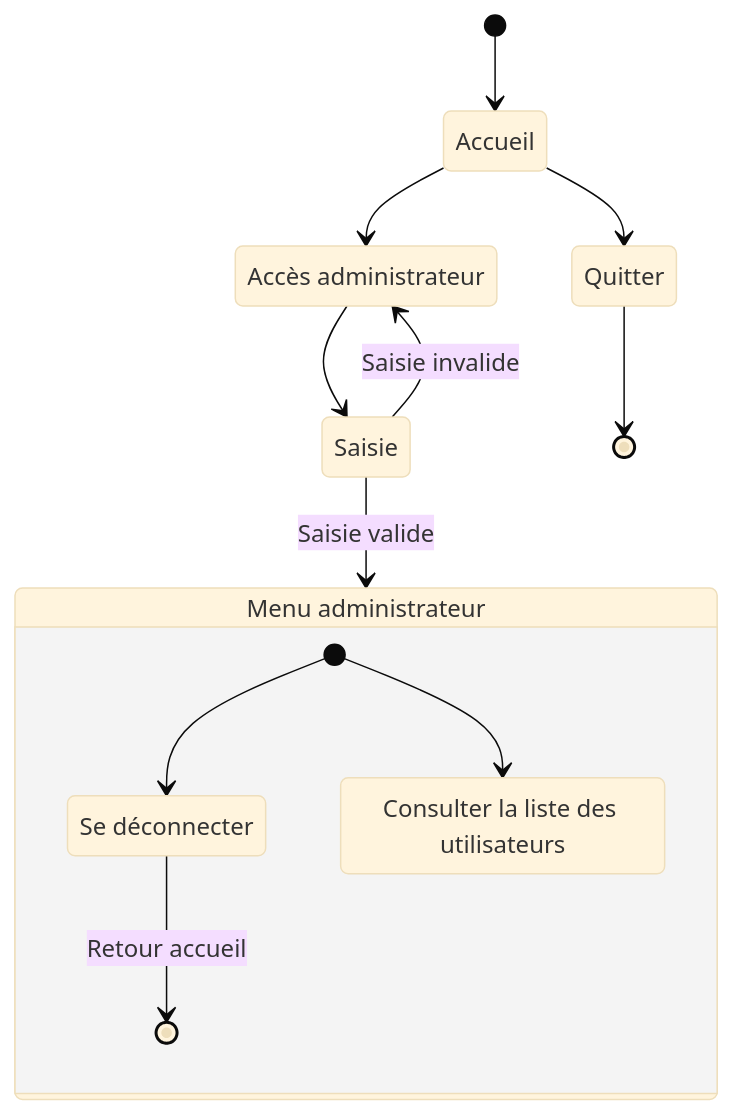
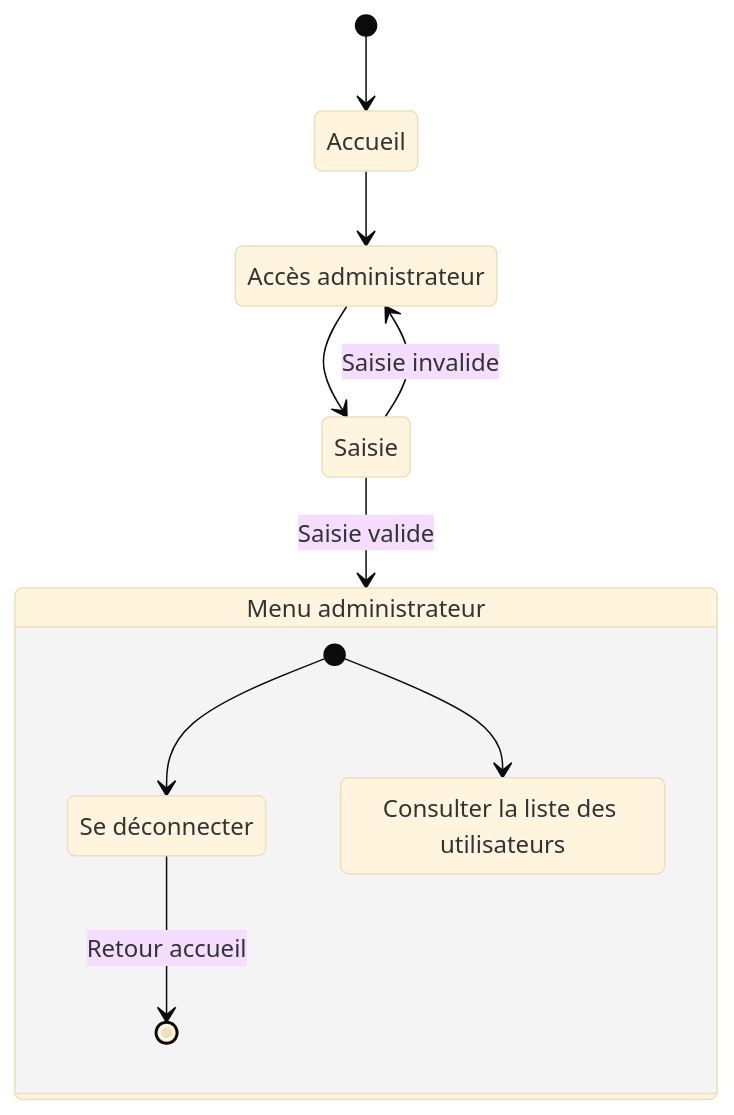
The sixth of 6 diagrams in doc/diag_activites.md (bbrunel/ENSAI-2A-projet-info), drawn with Mermaid (base theme) before and after one commit. The commit also changed other lines of this file, not shown here.

Commit message:
diag accueil act

````diff
--- a/doc/diag_activites.md
+++ b/doc/diag_activites.md
@@ -199,24 +225,21 @@
 ```mermaid
 stateDiagram
     admin : Accès administrateur
     admin_out : Se déconnecter
     list_utilisateurs : Consulter la liste des utilisateurs
     menu_admin : Menu administrateur
     
     [*] --> Accueil
 
     Accueil --> admin
     admin --> Saisie
     Saisie --> menu_admin: Saisie valide
     Saisie --> admin: Saisie invalide
-    
-    Accueil --> Quitter
-    Quitter --> [*]
 
     state menu_admin {
       [*] --> list_utilisateurs
       [*] --> admin_out
       admin_out --> [*]: Retour accueil
     }
 
 ```
````
